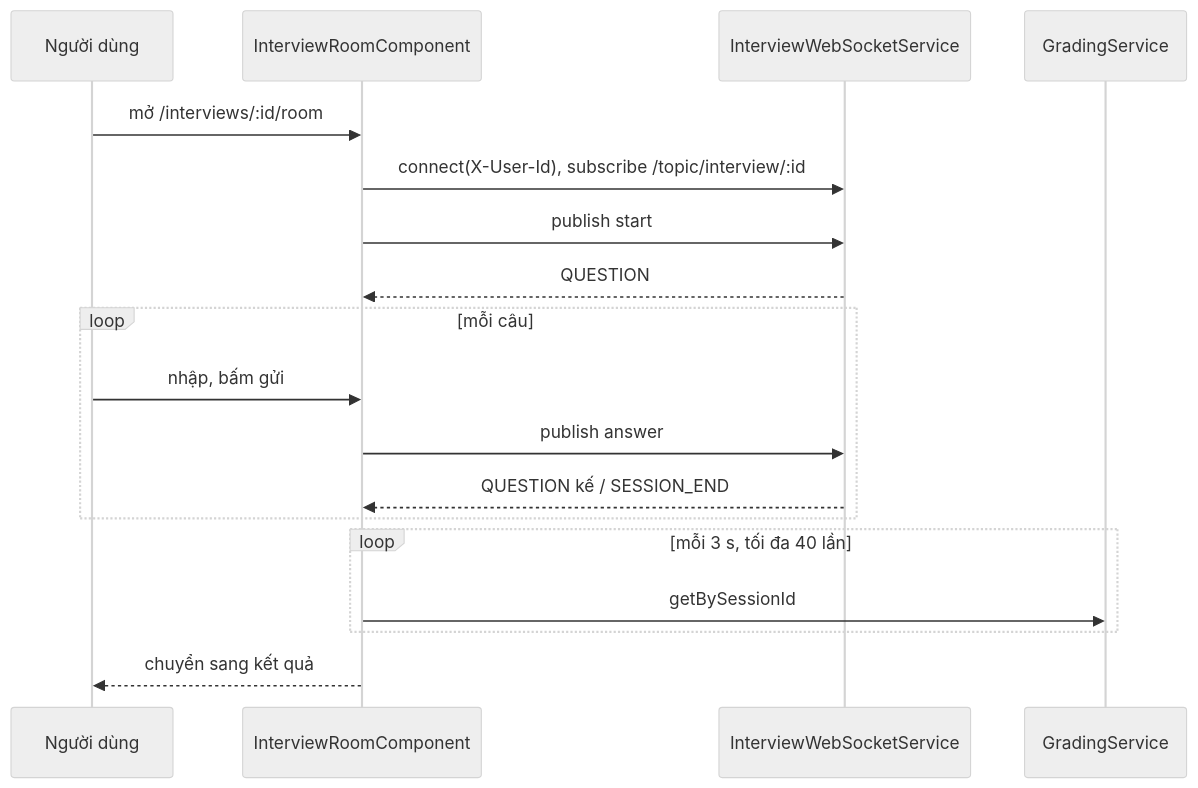
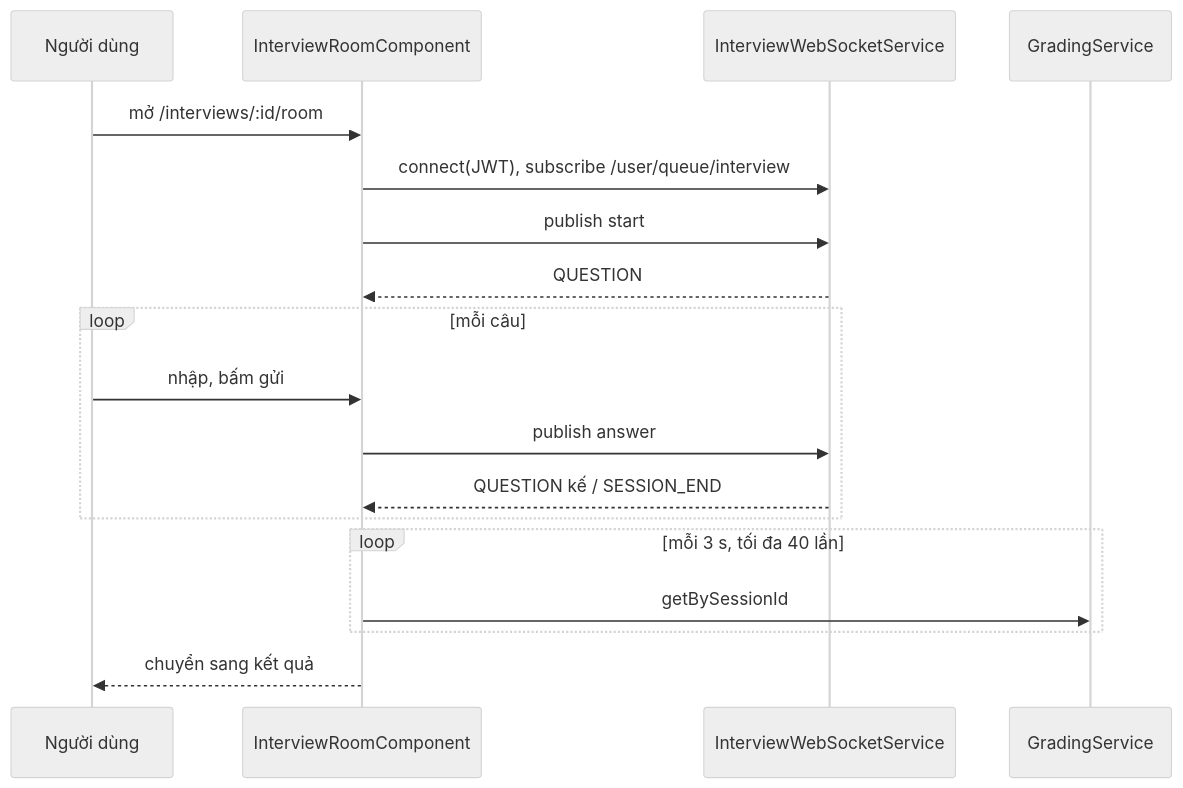
One commit to ngohoangg/intelli-hire changed the third of 3 diagrams in docs/06-thiet-ke-frontend.md. Above: the diagram before and after it, drawn with Mermaid (neutral theme). The commit also changed other lines of this file and 19 other files, not shown here.

````diff
--- a/docs/06-thiet-ke-frontend.md
+++ b/docs/06-thiet-ke-frontend.md
@@ -101,20 +93,20 @@
 ```mermaid
 sequenceDiagram
     participant U as Người dùng
     participant RC as InterviewRoomComponent
     participant WS as InterviewWebSocketService
     participant GS as GradingService
     U->>RC: mở /interviews/:id/room
-    RC->>WS: connect(X-User-Id), subscribe /topic/interview/:id
+    RC->>WS: connect(JWT), subscribe /user/queue/interview
     RC->>WS: publish start
     WS-->>RC: QUESTION
     loop mỗi câu
         U->>RC: nhập, bấm gửi
         RC->>WS: publish answer
         WS-->>RC: QUESTION kế / SESSION_END
     end
     loop mỗi 3 s, tối đa 40 lần
         RC->>GS: getBySessionId
     end
     RC-->>U: chuyển sang kết quả
 ```
````
